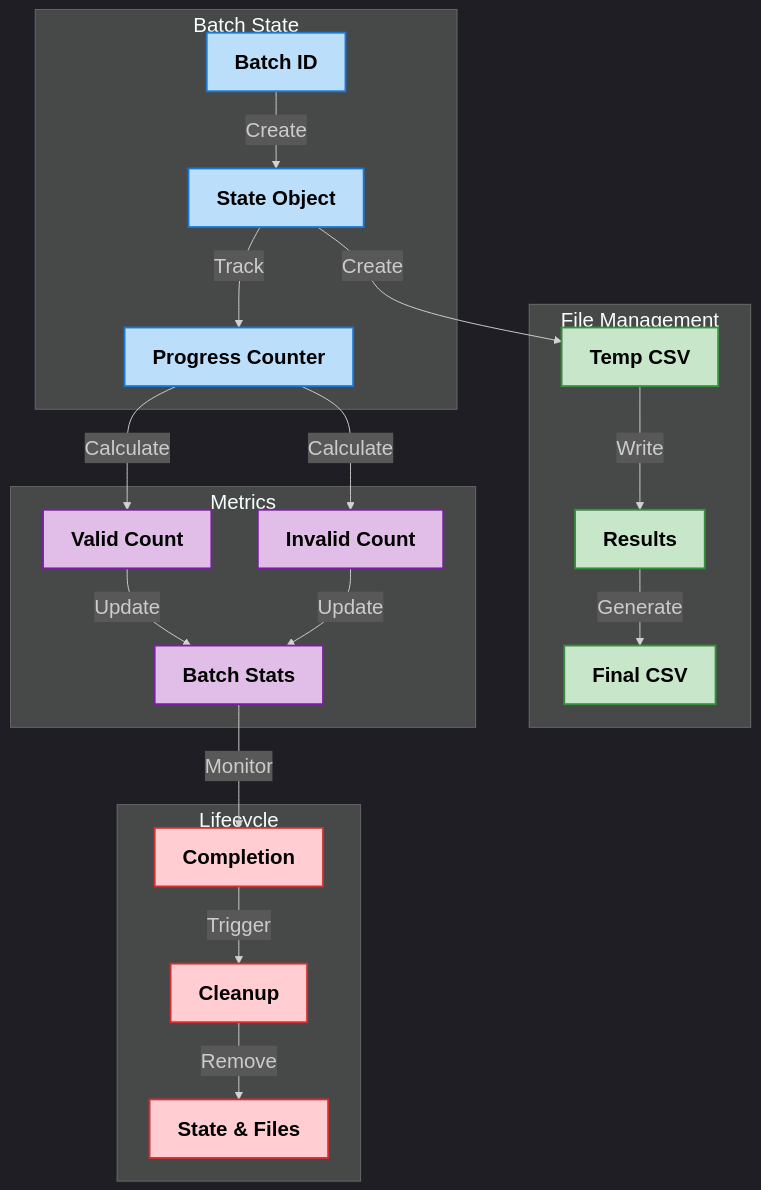
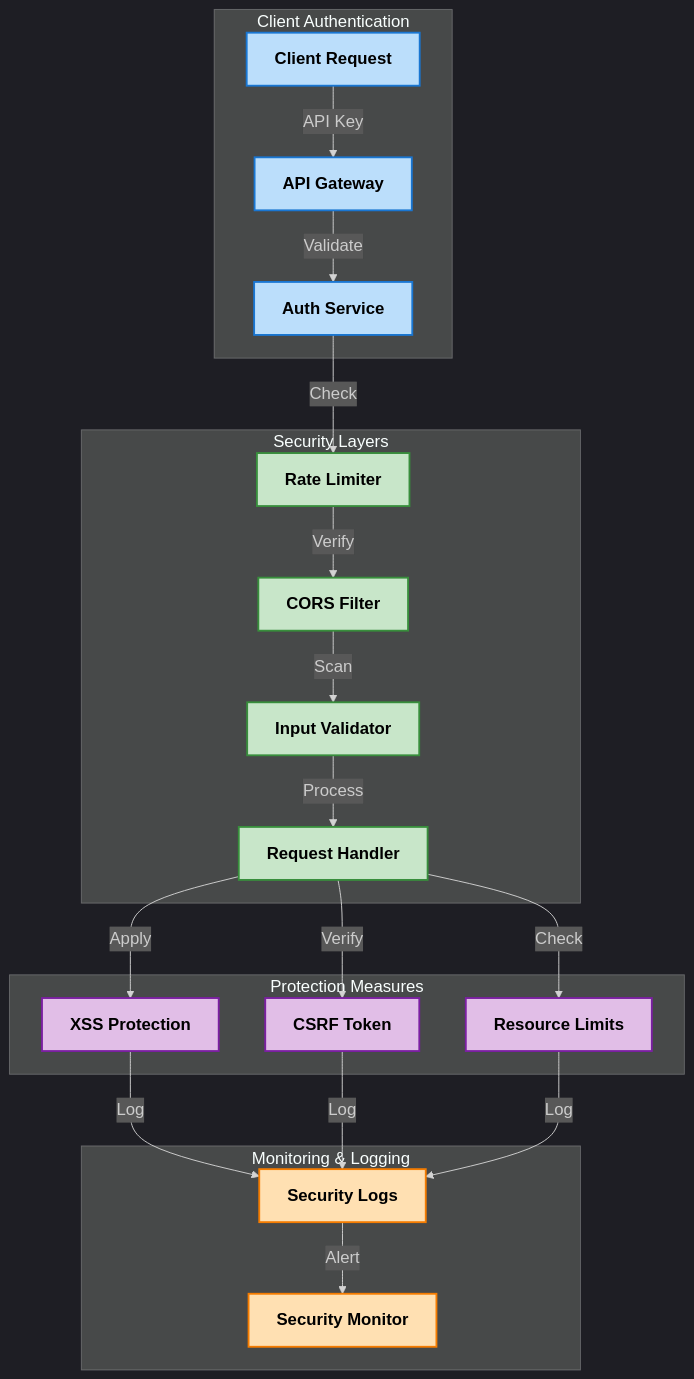
Before and after one commit to Dhruv0306/SymphonyProject1: the second of 9 diagrams in README.md, drawn with Mermaid. The commit also changed other lines of this file, not shown here.

First line of the commit message:
docs: enhance system architecture documentation and API specs

````diff
--- a/README.md
+++ b/README.md
@@ -264,38 +125,38 @@
 ```mermaid
-%%{init: {'theme': 'dark', 'themeVariables': { 'fontFamily': 'arial', 'fontSize': '22px', 'fontWeight': 'bold'}}}%%
+%%{init: {'theme': 'dark', 'themeVariables': { 'fontFamily': 'arial', 'fontSize': '18px', 'fontWeight': 'bold'}}}%%
 graph TD
-    subgraph "Batch State"
+    subgraph "Client Authentication"
         style A fill:#bbdefb,stroke:#1976d2,stroke-width:2px,color:#000000,font-weight:bold
         style B fill:#bbdefb,stroke:#1976d2,stroke-width:2px,color:#000000,font-weight:bold
         style C fill:#bbdefb,stroke:#1976d2,stroke-width:2px,color:#000000,font-weight:bold
-        A["Batch ID"] -->|"Create"| B["State Object"]
-        B -->|"Track"| C["Progress Counter"]
+        A[Client Request] -->|"API Key"| B[API Gateway]
+        B -->|"Validate"| C[Auth Service]
     end
 
-    subgraph "File Management"
+    subgraph "Security Layers"
         style D fill:#c8e6c9,stroke:#388e3c,stroke-width:2px,color:#000000,font-weight:bold
         style E fill:#c8e6c9,stroke:#388e3c,stroke-width:2px,color:#000000,font-weight:bold
         style F fill:#c8e6c9,stroke:#388e3c,stroke-width:2px,color:#000000,font-weight:bold
-        B -->|"Create"| D["Temp CSV"]
-        D -->|"Write"| E["Results"]
-        E -->|"Generate"| F["Final CSV"]
+        style G fill:#c8e6c9,stroke:#388e3c,stroke-width:2px,color:#000000,font-weight:bold
+        C -->|"Check"| D[Rate Limiter]
+        D -->|"Verify"| E[CORS Filter]
+        E -->|"Scan"| F[Input Validator]
+        F -->|"Process"| G[Request Handler]
     end
 
-    subgraph "Metrics"
-        style G fill:#e1bee7,stroke:#7b1fa2,stroke-width:2px,color:#000000,font-weight:bold
+    subgraph "Protection Measures"
         style H fill:#e1bee7,stroke:#7b1fa2,stroke-width:2px,color:#000000,font-weight:bold
         style I fill:#e1bee7,stroke:#7b1fa2,stroke-width:2px,color:#000000,font-weight:bold
-        C -->|"Calculate"| G["Valid Count"]
-        C -->|"Calculate"| H["Invalid Count"]
-        G & H -->|"Update"| I["Batch Stats"]
+        style J fill:#e1bee7,stroke:#7b1fa2,stroke-width:2px,color:#000000,font-weight:bold
+        G -->|"Apply"| H[XSS Protection]
+        G -->|"Verify"| I[CSRF Token]
+        G -->|"Check"| J[Resource Limits]
     end
 
-    subgraph "Lifecycle"
-        style J fill:#ffcdd2,stroke:#d32f2f,stroke-width:2px,color:#000000,font-weight:bold
-        style K fill:#ffcdd2,stroke:#d32f2f,stroke-width:2px,color:#000000,font-weight:bold
-        style L fill:#ffcdd2,stroke:#d32f2f,stroke-width:2px,color:#000000,font-weight:bold
-        I -->|"Monitor"| J["Completion"]
-        J -->|"Trigger"| K["Cleanup"]
-        K -->|"Remove"| L["State & Files"]
+    subgraph "Monitoring & Logging"
+        style K fill:#ffe0b2,stroke:#f57c00,stroke-width:2px,color:#000000,font-weight:bold
+        style L fill:#ffe0b2,stroke:#f57c00,stroke-width:2px,color:#000000,font-weight:bold
+        H & I & J -->|"Log"| K[Security Logs]
+        K -->|"Alert"| L[Security Monitor]
     end
 ```
````
